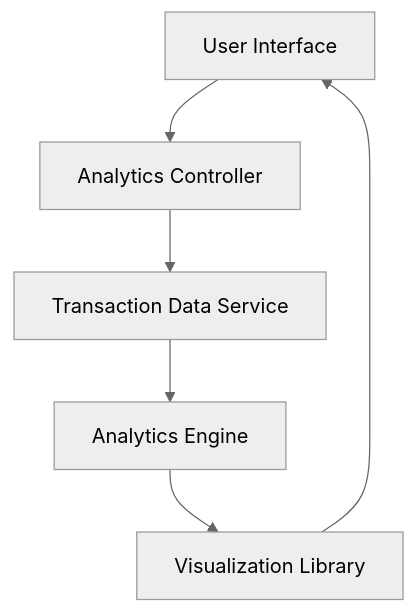
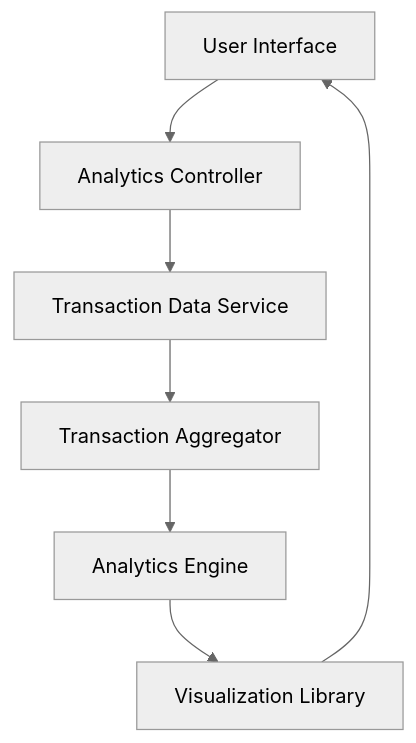
Before and after one commit to AAVA-Demo/APB_Demo: the diagram in HLD/QE-7683_HLD.md, drawn with Mermaid (neutral theme). The commit also changed other lines of this file and 5 other files, not shown here.

````diff
--- a/HLD/QE-7683_HLD.md
+++ b/HLD/QE-7683_HLD.md
@@ -7,13 +7,15 @@
 ```mermaid
 flowchart TD
     A["User Interface"]
     B["Analytics Controller"]
     C["Transaction Data Service"]
     D["Analytics Engine"]
     E["Visualization Library"]
+    F["Transaction Aggregator"]
     A --> B
     B --> C
-    C --> D
+    C --> F
+    F --> D
     D --> E
     E --> A
 ```
````
